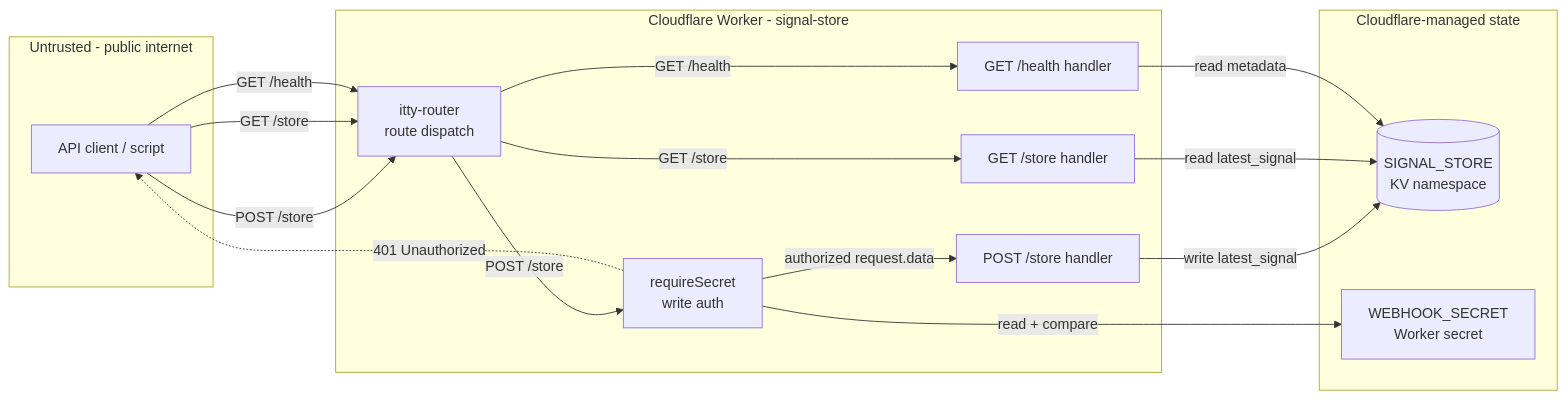
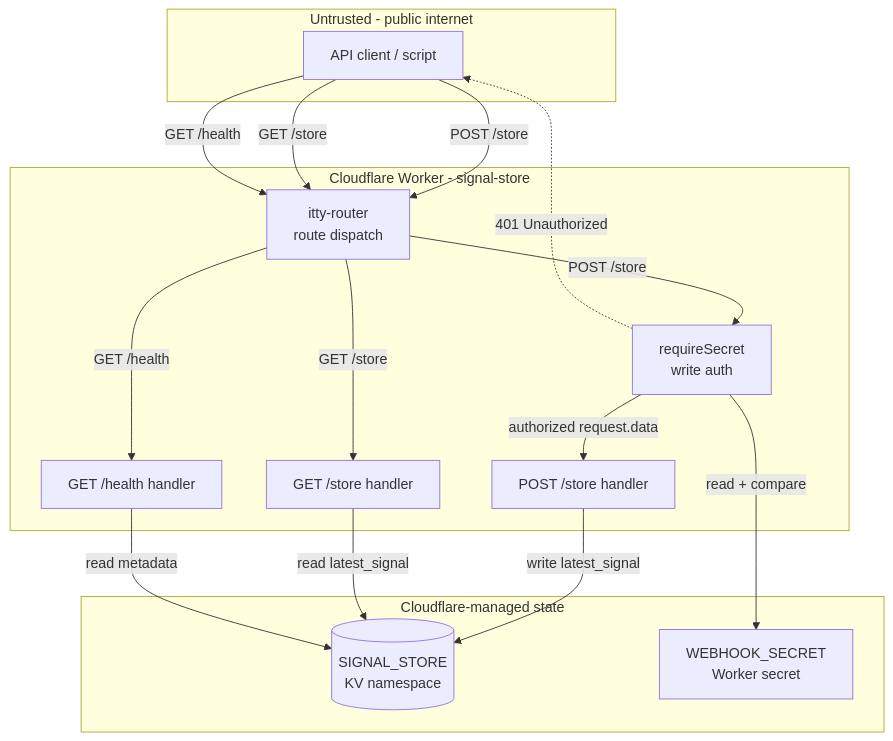
Before and after one commit to CatalaniCD/flag-store: the first of 5 diagrams in docs/design.md, drawn with Mermaid. The commit also changed other lines of this file and 7 other files, not shown here.

Commit message:
diagrams update

````diff
--- a/docs/design.md
+++ b/docs/design.md
@@ -49,32 +49,32 @@
 ```mermaid
-flowchart LR
+flowchart TD
     subgraph Untrusted["Untrusted - public internet"]
         C[API client / script]
     end
 
     subgraph Worker["Cloudflare Worker - signal-store"]
         R[itty-router<br/>route dispatch]
         A[requireSecret<br/>write auth]
         SW[POST /store handler]
         SR[GET /store handler]
         HH[GET /health handler]
     end
 
     subgraph Managed["Cloudflare-managed state"]
         KV[(SIGNAL_STORE<br/>KV namespace)]
         SEC[WEBHOOK_SECRET<br/>Worker secret]
     end
 
     C -->|"POST /store"| R
     C -->|"GET /store"| R
     C -->|"GET /health"| R
     R -->|"POST /store"| A
     A -->|"authorized request.data"| SW
     A -.->|"401 Unauthorized"| C
     R -->|"GET /store"| SR
     R -->|"GET /health"| HH
     A -->|"read + compare"| SEC
     SW -->|"write latest_signal"| KV
     SR -->|"read latest_signal"| KV
     HH -->|"read metadata"| KV
 ```
````
